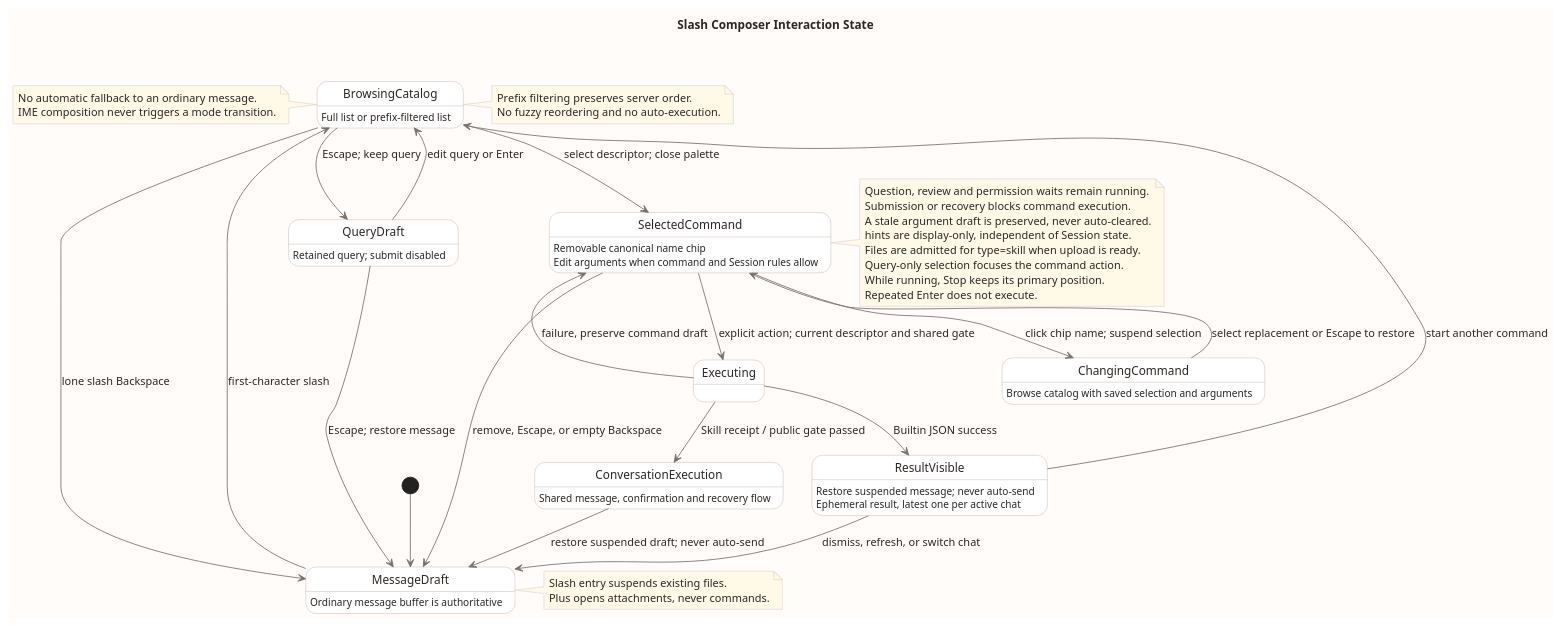
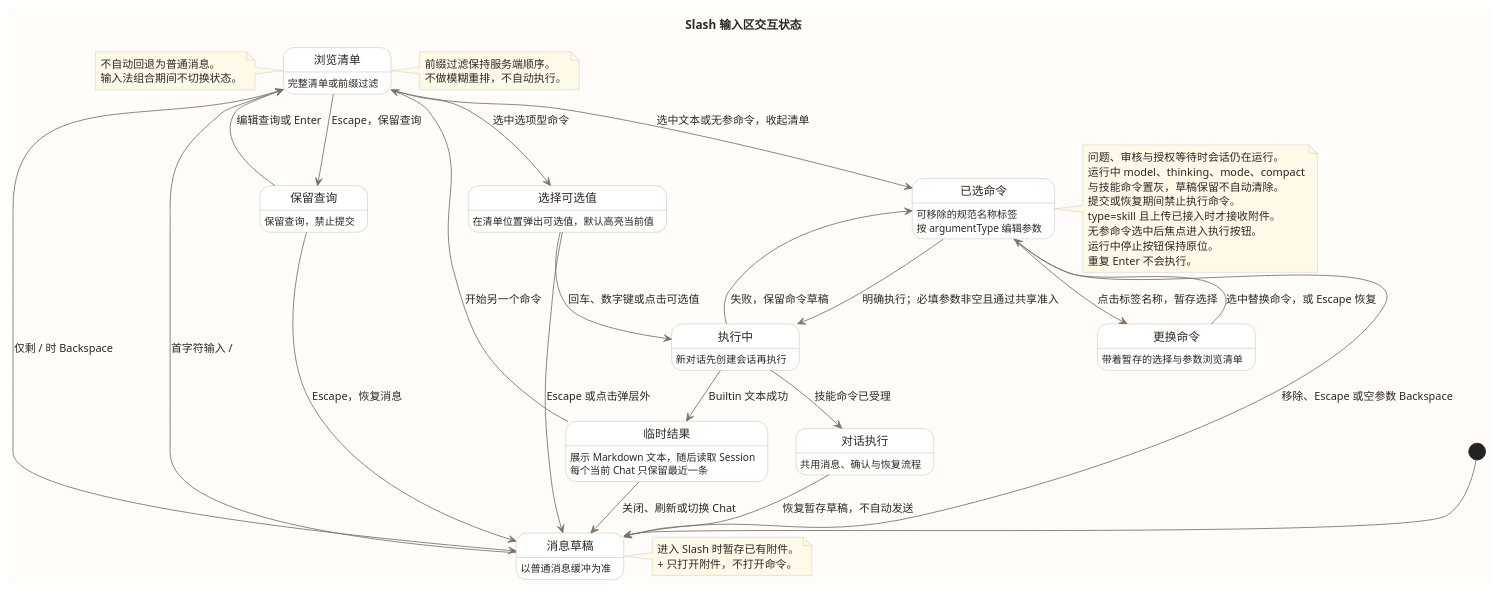
The second of 3 diagrams in 07-前端设计/技术设计/命令/diagram.puml (ssm0808/pi-mono-java-design), drawn with PlantUML before and after one commit. The commit also changed other lines of this file and 71 other files, not shown here.

First line of the commit message:
Align Slash command interfaces with the agreed design

```diff
--- a/07-前端设计/技术设计/命令/diagram.puml
+++ b/07-前端设计/技术设计/命令/diagram.puml
@@ -140,87 +142,99 @@
 @startuml slash_composer_state
-title Slash Composer Interaction State
+title Slash 输入区交互状态
 
 ' Source baseline: pi-mono-java@4cc8dd86f601417c22cf9306e52152acbb59bb60
 ' Source evidence: frontend/src/components/ComposerBox.vue, enter, leave, choose, submit and onKeydown
 ' Observed behavior: selection closes the palette; the editor retains the raw slash command and button labels change.
 ' Pending implementation design: removable chips, argument-only editing and consistent Escape restoration are proposed.
-' Design reason: explicit selection and explicit execution prevent accidental state-changing commands.
+' 设计原因：明确选择与明确执行分开，避免误触改变状态的命令；选项型命令只有一层选择，选值即执行。
+' 待实现：argumentRequired 为 true 且参数为空时禁止执行；新对话执行前先创建会话；Builtin 文本成功后读取 Session。
 
 skinparam backgroundColor #FFFCFA
 skinparam shadowing false
 skinparam defaultFontName Arial
 skinparam defaultFontColor #2C2724
 skinparam ArrowColor #7A6F69
 skinparam stateBorderColor #BFAEA5
 skinparam stateBackgroundColor #FFFFFF
 skinparam noteBorderColor #CDBEB6
 skinparam noteBackgroundColor #FFF9E8
 skinparam nodesep 34
 skinparam ranksep 42
 top to bottom direction
 
+state "消息草稿" as MessageDraft
+state "浏览清单" as BrowsingCatalog
+state "保留查询" as QueryDraft
+state "已选命令" as SelectedCommand
+state "选择可选值" as ChoosingValue
+state "更换命令" as ChangingCommand
+state "执行中" as Executing
+state "临时结果" as ResultVisible
+state "对话执行" as ConversationExecution
+
 [*] --> MessageDraft
-MessageDraft : Ordinary message buffer is authoritative
-MessageDraft --> BrowsingCatalog : first-character slash
+MessageDraft : 以普通消息缓冲为准
+MessageDraft --> BrowsingCatalog : 首字符输入 /
 
-state BrowsingCatalog
-BrowsingCatalog : Full list or prefix-filtered list
-BrowsingCatalog --> SelectedCommand : select descriptor; close palette
-BrowsingCatalog --> QueryDraft : Escape; keep query
-BrowsingCatalog --> MessageDraft : lone slash Backspace
+BrowsingCatalog : 完整清单或前缀过滤
+BrowsingCatalog --> SelectedCommand : 选中文本或无参命令，收起清单
+BrowsingCatalog --> ChoosingValue : 选中选项型命令
+BrowsingCatalog --> QueryDraft : Escape，保留查询
+BrowsingCatalog --> MessageDraft : 仅剩 / 时 Backspace
 
-state QueryDraft
-QueryDraft : Retained query; submit disabled
-QueryDraft --> BrowsingCatalog : edit query or Enter
-QueryDraft --> MessageDraft : Escape; restore message
+QueryDraft : 保留查询，禁止提交
+QueryDraft --> BrowsingCatalog : 编辑查询或 Enter
+QueryDraft --> MessageDraft : Escape，恢复消息
 
-state SelectedCommand
-SelectedCommand : Removable canonical name chip
-SelectedCommand : Edit arguments when command and Session rules allow
-SelectedCommand --> Executing : explicit action; current descriptor and shared gate
-SelectedCommand --> MessageDraft : remove, Escape, or empty Backspace
-SelectedCommand --> ChangingCommand : click chip name; suspend selection
+SelectedCommand : 可移除的规范名称标签
+SelectedCommand : 按 argumentType 编辑参数
+SelectedCommand --> Executing : 明确执行；必填参数非空且通过共享准入
+SelectedCommand --> MessageDraft : 移除、Escape 或空参数 Backspace
+SelectedCommand --> ChangingCommand : 点击标签名称，暂存选择
 
-state ChangingCommand
-ChangingCommand : Browse catalog with saved selection and arguments
-ChangingCommand --> SelectedCommand : select replacement or Escape to restore
+ChoosingValue : 在清单位置弹出可选值，默认高亮当前值
+ChoosingValue --> Executing : 回车、数字键或点击可选值
+ChoosingValue --> MessageDraft : Escape 或点击弹层外
 
-state Executing
-Executing --> SelectedCommand : failure, preserve command draft
-Executing --> ResultVisible : Builtin JSON success
-ResultVisible : Restore suspended message; never auto-send
-Executing --> ConversationExecution : Skill receipt / public gate passed
-ConversationExecution : Shared message, confirmation and recovery flow
-ConversationExecution --> MessageDraft : restore suspended draft; never auto-send
+ChangingCommand : 带着暂存的选择与参数浏览清单
+ChangingCommand --> SelectedCommand : 选中替换命令，或 Escape 恢复
 
-state ResultVisible
-ResultVisible : Ephemeral result, latest one per active chat
-ResultVisible --> BrowsingCatalog : start another command
-ResultVisible --> MessageDraft : dismiss, refresh, or switch chat
+Executing : 新对话先创建会话再执行
+Executing --> SelectedCommand : 失败，保留命令草稿
+Executing --> ResultVisible : Builtin 文本成功
+Executing --> ConversationExecution : 技能命令已受理
+
+ResultVisible : 展示 Markdown 文本，随后读取 Session
+ResultVisible : 每个当前 Chat 只保留最近一条
+ResultVisible --> BrowsingCatalog : 开始另一个命令
+ResultVisible --> MessageDraft : 关闭、刷新或切换 Chat
+
+ConversationExecution : 共用消息、确认与恢复流程
+ConversationExecution --> MessageDraft : 恢复暂存草稿，不自动发送
 
 note right of BrowsingCatalog
-  Prefix filtering preserves server order.
-  No fuzzy reordering and no auto-execution.
+  前缀过滤保持服务端顺序。
+  不做模糊重排，不自动执行。
 end note
 
 note right of SelectedCommand
-  Question, review and permission waits remain running.
-  Submission or recovery blocks command execution.
-  A stale argument draft is preserved, never auto-cleared.
-  hints are display-only, independent of Session state.
-  Files are admitted for type=skill when upload is ready.
-  Query-only selection focuses the command action.
-  While running, Stop keeps its primary position.
-  Repeated Enter does not execute.
+  问题、审核与授权等待时会话仍在运行。
+  运行中 model、thinking、mode、compact
+  与技能命令置灰，草稿保留不自动清除。
+  提交或恢复期间禁止执行命令。
+  type=skill 且上传已接入时才接收附件。
+  无参命令选中后焦点进入执行按钮。
+  运行中停止按钮保持原位。
+  重复 Enter 不会执行。
 end note
 
 note left of BrowsingCatalog
-  No automatic fallback to an ordinary message.
-  IME composition never triggers a mode transition.
+  不自动回退为普通消息。
+  输入法组合期间不切换状态。
 end note
 
 note right of MessageDraft
-  Slash entry suspends existing files.
-  Plus opens attachments, never commands.
+  进入 Slash 时暂存已有附件。
+  + 只打开附件，不打开命令。
 end note
 @enduml
```
